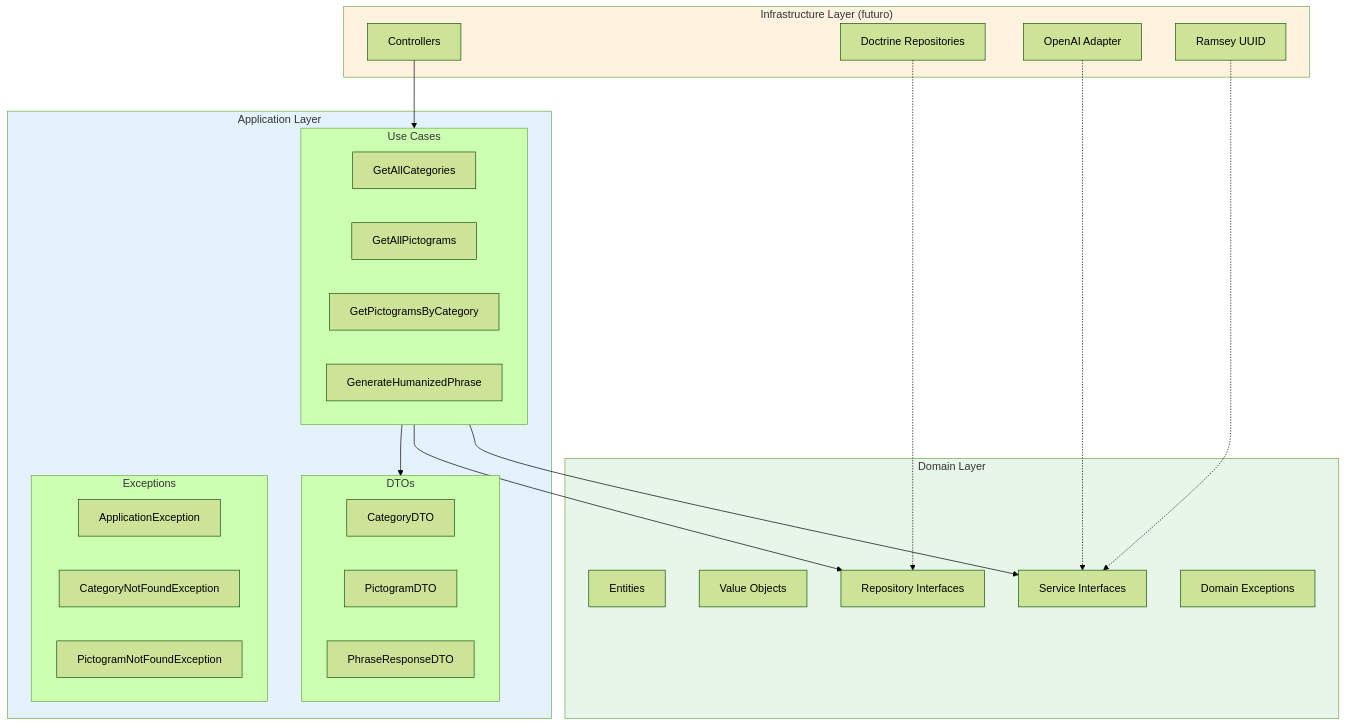
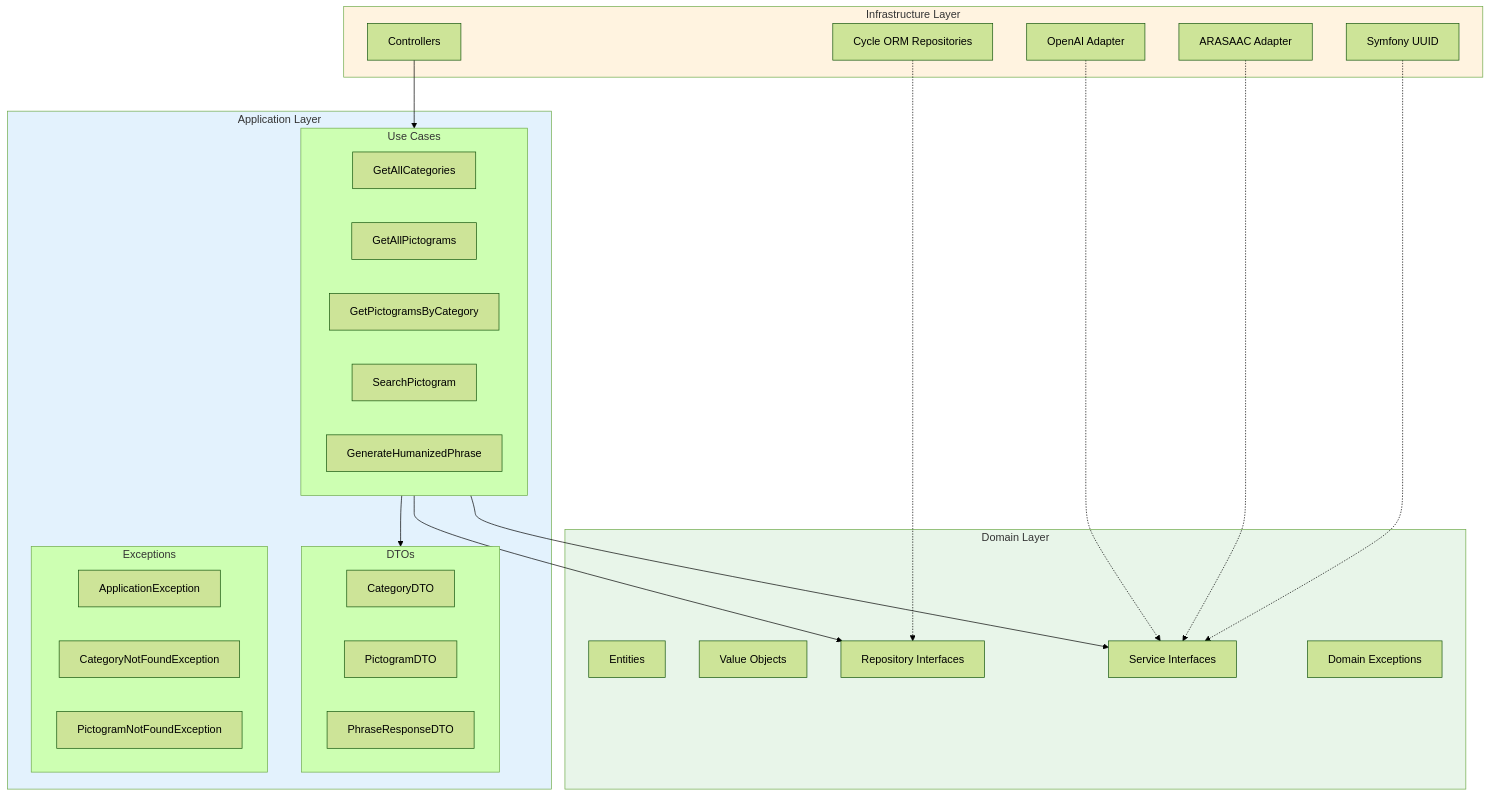
The seventh of 8 diagrams in docs/diagrams/application-layer.md (luismiglezmohino/HablaIA), drawn with Mermaid (forest theme) before and after one commit. The commit also changed other lines of this file and 5 other files, not shown here.

First line of the commit message:
docs: add OpenAPI spec, architecture diagrams and update READMEs

````diff
--- a/docs/diagrams/application-layer.md
+++ b/docs/diagrams/application-layer.md
@@ -245,50 +313,53 @@
 ```mermaid
 graph TB
-    subgraph Infrastructure["Infrastructure Layer (futuro)"]
+    subgraph Infrastructure["Infrastructure Layer"]
         Ctrl[Controllers]
-        DoctrineRepo[Doctrine Repositories]
+        CycleRepo[Cycle ORM Repositories]
         OpenAI[OpenAI Adapter]
-        RamseyUuid[Ramsey UUID]
+        ARASAAC[ARASAAC Adapter]
+        SymfonyUuid[Symfony UUID]
     end
 
     subgraph Application["Application Layer"]
         subgraph UseCases["Use Cases"]
             UC1[GetAllCategories]
             UC2[GetAllPictograms]
             UC3[GetPictogramsByCategory]
-            UC4[GenerateHumanizedPhrase]
+            UC4[SearchPictogram]
+            UC5[GenerateHumanizedPhrase]
         end
 
         subgraph DTOs["DTOs"]
             DTO1[CategoryDTO]
             DTO2[PictogramDTO]
             DTO3[PhraseResponseDTO]
         end
 
         subgraph AppExc["Exceptions"]
             AE1[ApplicationException]
             AE2[CategoryNotFoundException]
             AE3[PictogramNotFoundException]
         end
     end
 
     subgraph Domain["Domain Layer"]
         Entities[Entities]
         ValueObjects[Value Objects]
         Repositories[Repository Interfaces]
         Services[Service Interfaces]
         DomainExc[Domain Exceptions]
     end
 
     Ctrl --> UseCases
     UseCases --> DTOs
     UseCases --> Repositories
     UseCases --> Services
-    DoctrineRepo -.-> Repositories
+    CycleRepo -.-> Repositories
     OpenAI -.-> Services
-    RamseyUuid -.-> Services
+    ARASAAC -.-> Services
+    SymfonyUuid -.-> Services
 
     style Application fill:#e3f2fd
     style Domain fill:#e8f5e9
     style Infrastructure fill:#fff3e0
 ```
````
